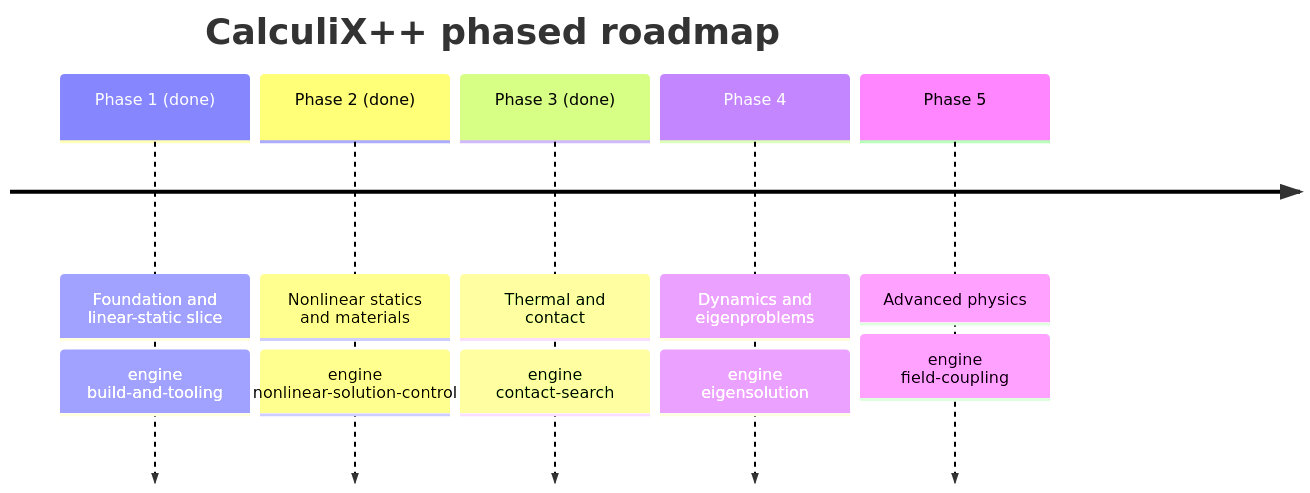
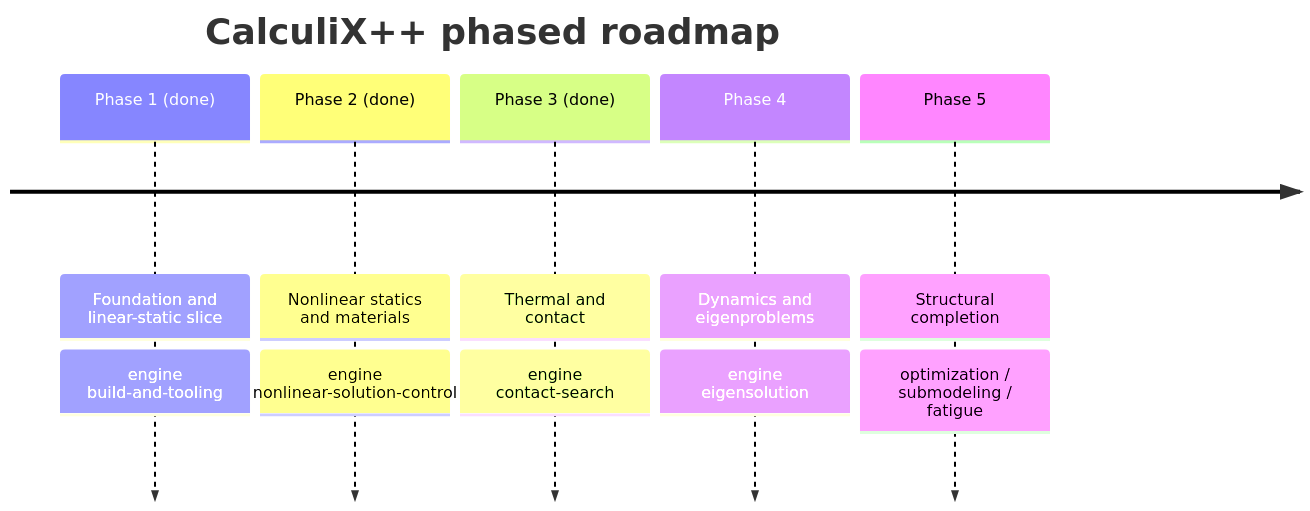
The fourth of 4 diagrams in README.md (CyberdyneCorp/CalculixPP), drawn with Mermaid before and after one commit. The commit also changed other lines of this file and 11 other files, not shown here.

````diff
--- a/README.md
+++ b/README.md
@@ -475,9 +477,9 @@
 ```mermaid
 timeline
   title CalculiX++ phased roadmap
   Phase 1 (done) : Foundation and linear-static slice : engine build-and-tooling
   Phase 2 (done) : Nonlinear statics and materials : engine nonlinear-solution-control
   Phase 3 (done) : Thermal and contact : engine contact-search
   Phase 4 : Dynamics and eigenproblems : engine eigensolution
-  Phase 5 : Advanced physics : engine field-coupling
+  Phase 5 : Structural completion : optimization / submodeling / fatigue
 ```
````
